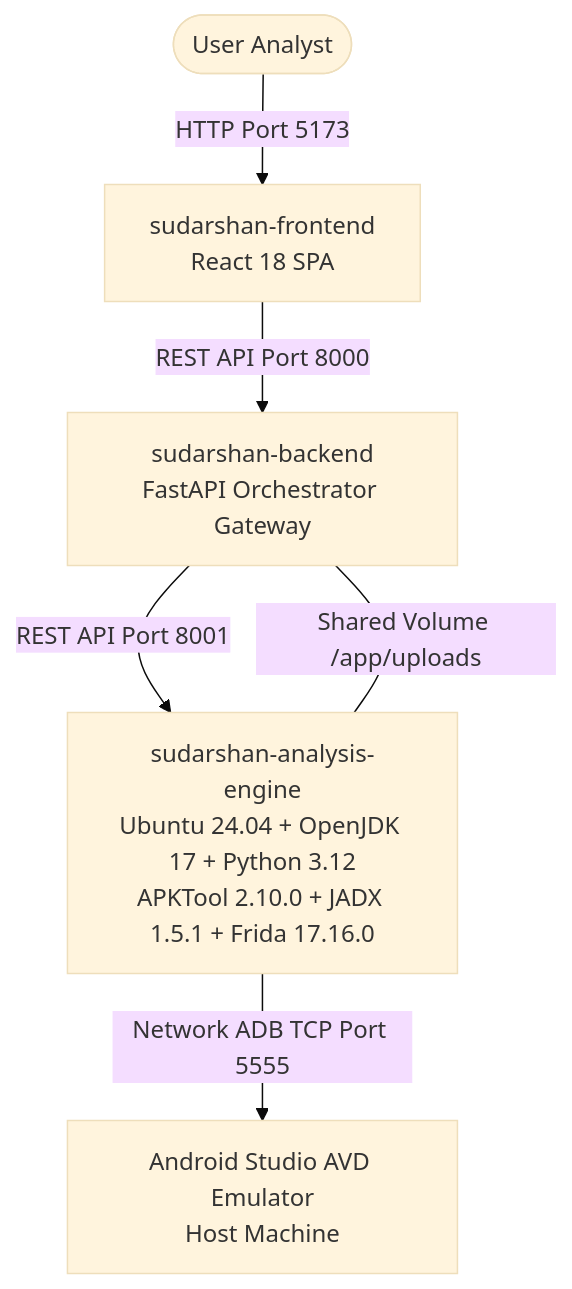
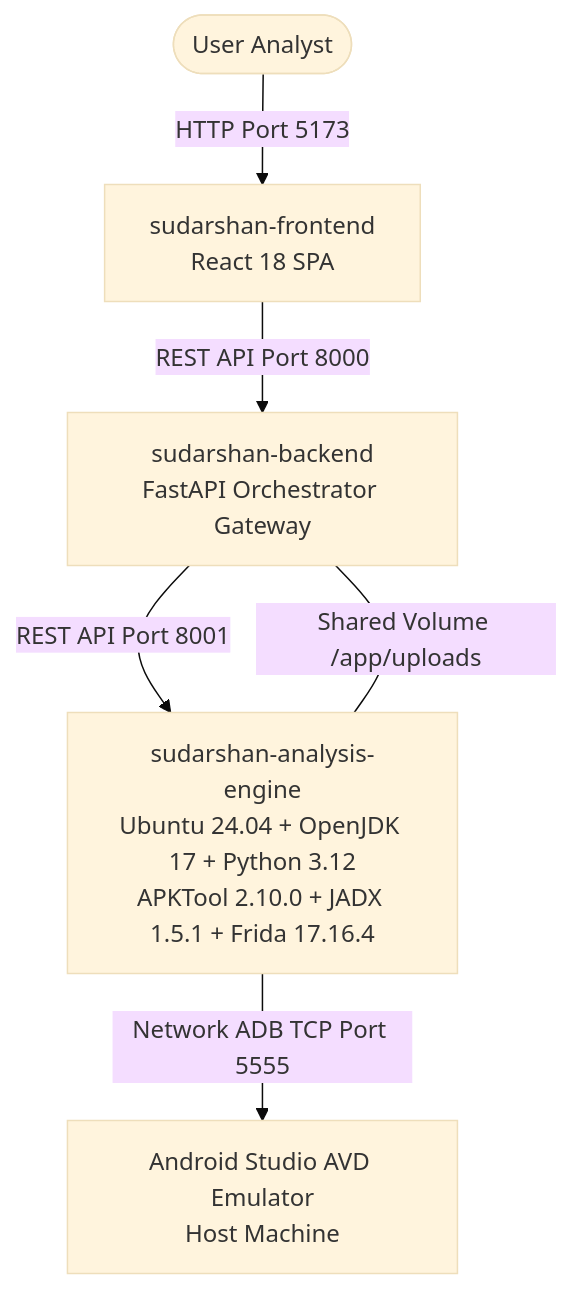
One commit to SanTiwari07/Sudarshan changed the diagram in docs/MIGRATION.md. Above: the diagram before and after it, drawn with Mermaid (base theme). The commit also changed other lines of this file and 24 other files, not shown here.

Commit message:
initial backend structure, MobSF integration scripts, and dynamic analysis automation tools

````diff
--- a/docs/MIGRATION.md
+++ b/docs/MIGRATION.md
@@ -7,9 +7,9 @@
 ```mermaid
 graph TD
     User([User Analyst]) -->|HTTP Port 5173| Frontend[sudarshan-frontend<br/>React 18 SPA]
     Frontend -->|REST API Port 8000| Backend[sudarshan-backend<br/>FastAPI Orchestrator Gateway]
-    Backend -->|REST API Port 8001| Engine[sudarshan-analysis-engine<br/>Ubuntu 24.04 + OpenJDK 17 + Python 3.12<br/>APKTool 2.10.0 + JADX 1.5.1 + Frida 17.16.0]
+    Backend -->|REST API Port 8001| Engine[sudarshan-analysis-engine<br/>Ubuntu 24.04 + OpenJDK 17 + Python 3.12<br/>APKTool 2.10.0 + JADX 1.5.1 + Frida 17.16.4]
 
     Backend ---|Shared Volume /app/uploads| Engine
     Engine -->|Network ADB TCP Port 5555| HostAVD[Android Studio AVD Emulator<br/>Host Machine]
 ```
````
